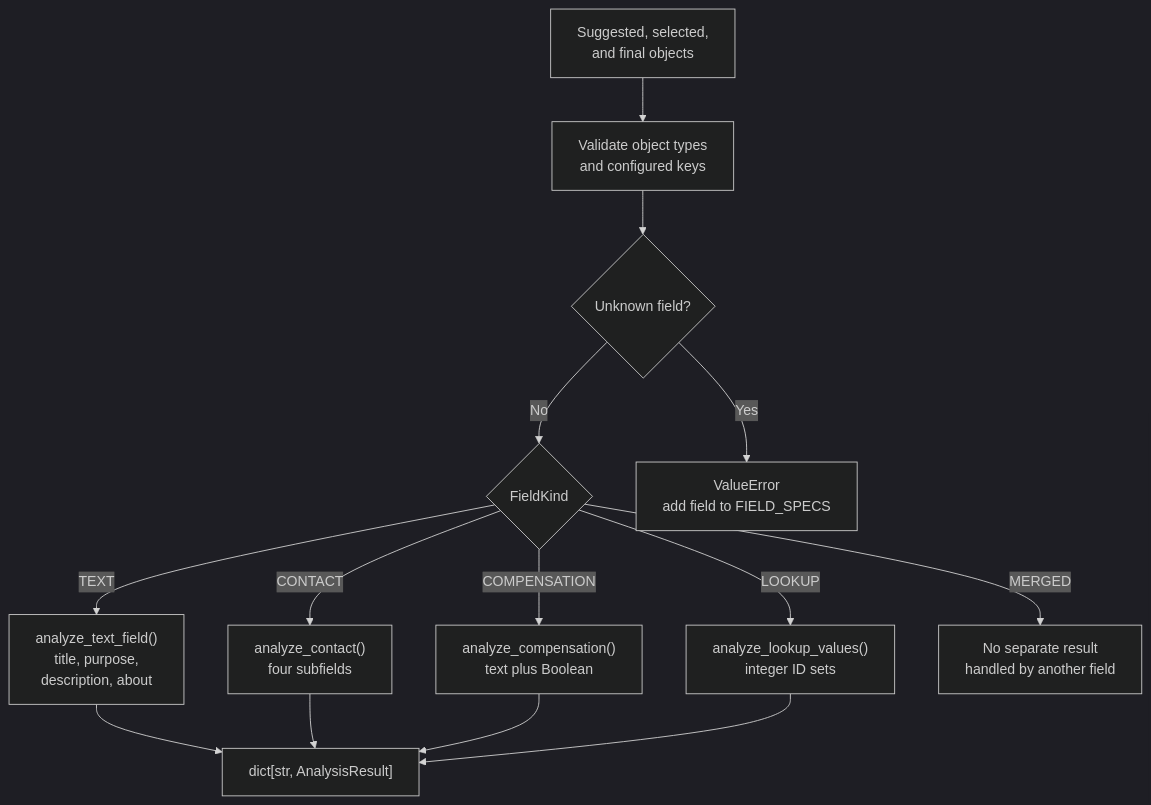
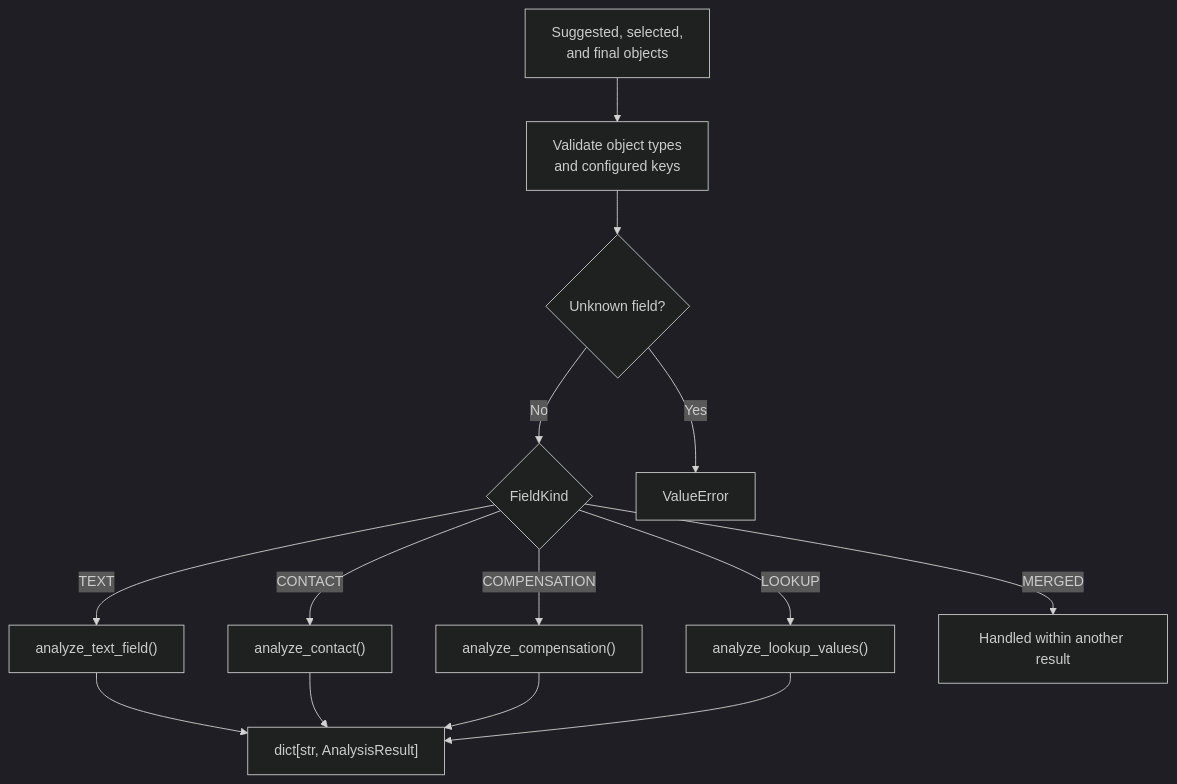
The fourth of 7 diagrams in python/packages/study-posting-ai-analysis/docs/program-flow.md (umich-michr/michr-scripts), drawn with Mermaid (dark theme) before and after one commit. The commit also changed other lines of this file, not shown here.

Commit message:
docs(analysis): streamline control-flow guide

````diff
--- a/python/packages/study-posting-ai-analysis/docs/program-flow.md
+++ b/python/packages/study-posting-ai-analysis/docs/program-flow.md
@@ -109,22 +164,22 @@
 ```mermaid
 flowchart TB
     INPUTS["Suggested, selected,<br/>and final objects"]
     VALIDATE["Validate object types<br/>and configured keys"]
     UNKNOWN{"Unknown field?"}
     KIND{"FieldKind"}
 
     INPUTS --> VALIDATE --> UNKNOWN
-    UNKNOWN -->|Yes| ERROR["ValueError<br/>add field to FIELD_SPECS"]
+    UNKNOWN -->|Yes| ERROR["ValueError"]
     UNKNOWN -->|No| KIND
 
-    KIND -->|TEXT| TEXT["analyze_text_field()<br/>title, purpose,<br/>description, about"]
-    KIND -->|CONTACT| CONTACT["analyze_contact()<br/>four subfields"]
-    KIND -->|COMPENSATION| COMP["analyze_compensation()<br/>text plus Boolean"]
-    KIND -->|LOOKUP| LOOKUP["analyze_lookup_values()<br/>integer ID sets"]
-    KIND -->|MERGED| MERGED["No separate result<br/>handled by another field"]
+    KIND -->|TEXT| TEXT["analyze_text_field()"]
+    KIND -->|CONTACT| CONTACT["analyze_contact()"]
+    KIND -->|COMPENSATION| COMP["analyze_compensation()"]
+    KIND -->|LOOKUP| LOOKUP["analyze_lookup_values()"]
+    KIND -->|MERGED| MERGED["Handled within another result"]
 
     TEXT --> RESULTS["dict[str, AnalysisResult]"]
     CONTACT --> RESULTS
     COMP --> RESULTS
     LOOKUP --> RESULTS
 ```
````
